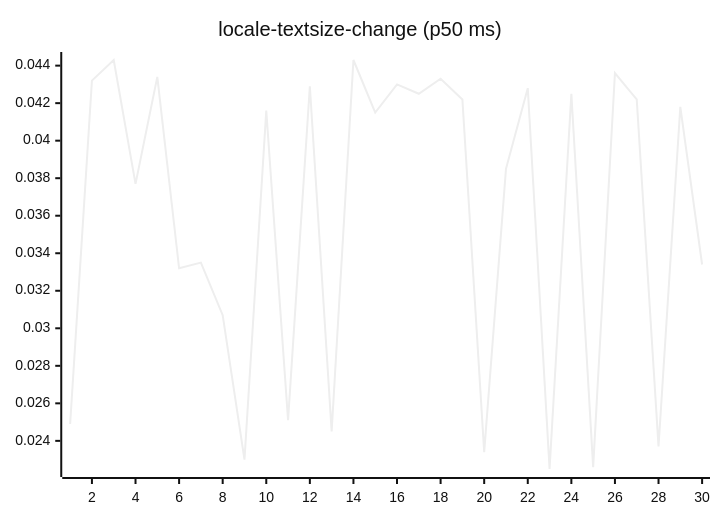
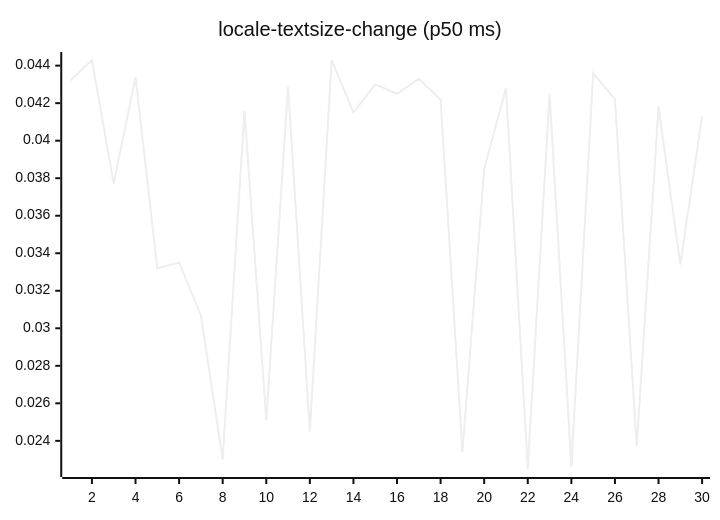
Diagram 13 of 27 in README.md (josha/Facet), drawn with Mermaid (neutral theme) before and after one commit. The commit also changed other lines of this file and 2 other files, not shown here.

````diff
--- a/README.md
+++ b/README.md
@@ -147,6 +147,6 @@
 ```mermaid
 xychart-beta
     title "locale-textsize-change (p50 ms)"
     x-axis 1 --> 30
-    line [0.0249, 0.0432, 0.0443, 0.0377, 0.0434, 0.0332, 0.0335, 0.0307, 0.0230, 0.0416, 0.0251, 0.0429, 0.0245, 0.0443, 0.0415, 0.0430, 0.0425, 0.0433, 0.0422, 0.0234, 0.0385, 0.0428, 0.0225, 0.0425, 0.0226, 0.0436, 0.0422, 0.0237, 0.0418, 0.0334]
+    line [0.0432, 0.0443, 0.0377, 0.0434, 0.0332, 0.0335, 0.0307, 0.0230, 0.0416, 0.0251, 0.0429, 0.0245, 0.0443, 0.0415, 0.0430, 0.0425, 0.0433, 0.0422, 0.0234, 0.0385, 0.0428, 0.0225, 0.0425, 0.0226, 0.0436, 0.0422, 0.0237, 0.0418, 0.0334, 0.0413]
 ```
````
